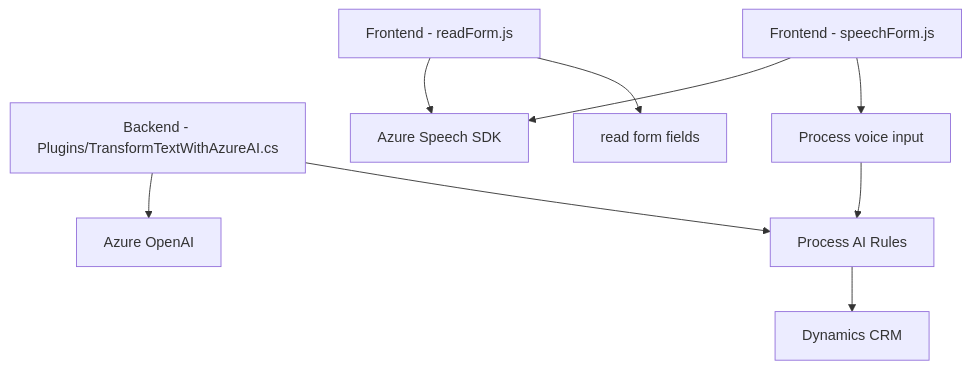
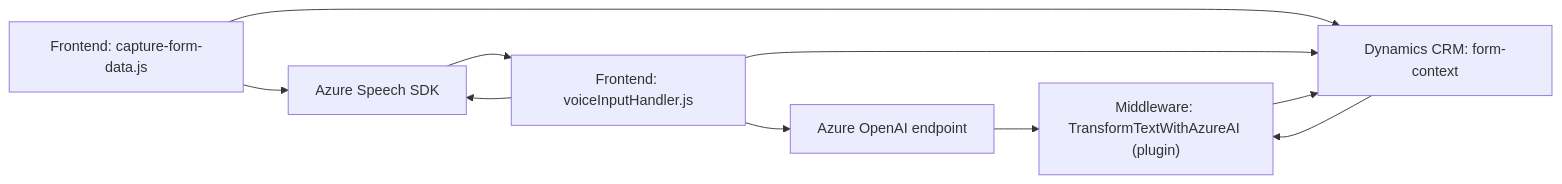
Before and after one commit to blopezdm/NETCORE_BILBAO2025: the diagram in README.md, drawn with Mermaid. The commit also changed other lines of this file, not shown here.

````diff
--- a/README.md
+++ b/README.md
@@ -72,17 +35,19 @@
 ```mermaid
-graph TD
-    A["Frontend - readForm.js"]
-    B["Frontend - speechForm.js"]
-    C["Backend - Plugins/TransformTextWithAzureAI.cs"]
-    D["Azure OpenAI"]
-    E["Azure Speech SDK"]
-    
-    A --> E
-    A --> F["read form fields"]
+graph LR
+    A["Frontend: capture-form-data.js"]
+    B["Frontend: voiceInputHandler.js"]
+    C["Middleware: TransformTextWithAzureAI (plugin)"]
+    D["Azure Speech SDK"]
+    E["Azure OpenAI endpoint"]
+    F["Dynamics CRM: form-context"]
+
+    A --> D
+    B --> D
     B --> E
-    B --> G["Process voice input"]
-    G --> H["API Calls for CRM"]
-    C --> D
-    C --> H["Process AI Rules"]
-    H --> I["Dynamics CRM"]
+    A --> F
+    B --> F
+    E --> C
+    D --> B
+    F --> C
+    C --> F
 ```
````
